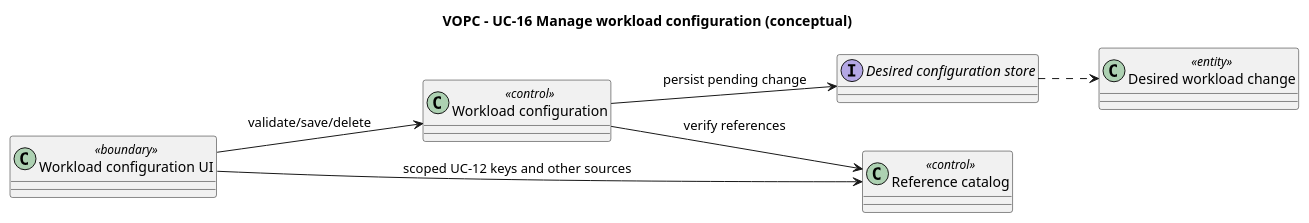
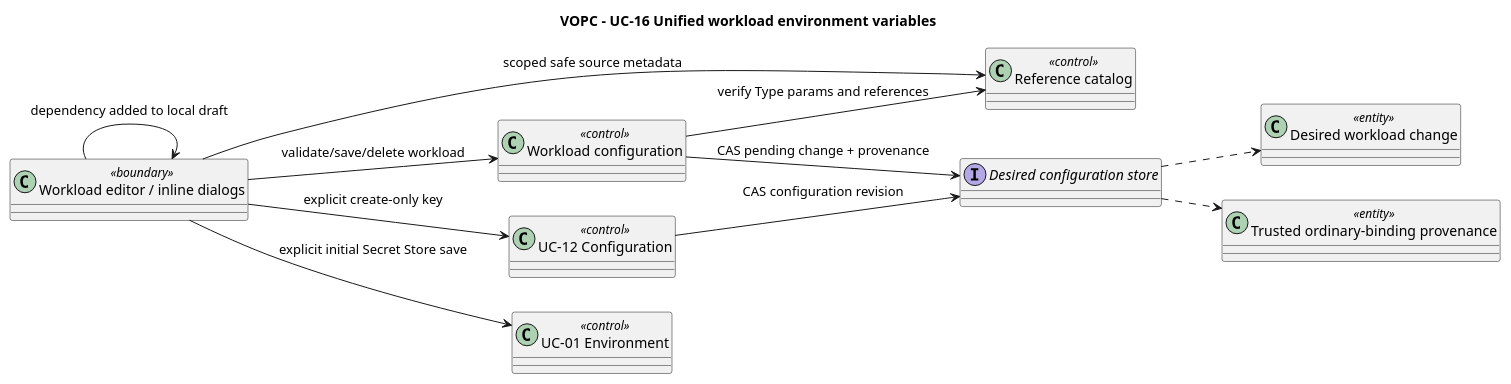
One commit to pr3s3nt/poc changed the diagram in orchestrator_docs/usecase/UC-16/vopc.puml. Above: the diagram before and after it, drawn with PlantUML. The commit also changed 29 other files, not shown here.

Commit message:
docs(devex): specify unified workload environment editor and implementation handoff

```diff
--- a/orchestrator_docs/usecase/UC-16/vopc.puml
+++ b/orchestrator_docs/usecase/UC-16/vopc.puml
@@ -1,16 +1,23 @@
 @startuml
-title VOPC - UC-16 Manage workload configuration (conceptual)
+title VOPC - UC-16 Unified workload environment variables
 left to right direction
 skinparam classAttributeIconSize 0
-class "Workload configuration UI" as UI <<boundary>>
+class "Workload editor / inline dialogs" as UI <<boundary>>
 class "Workload configuration" as Config <<control>>
 class "Reference catalog" as Catalog <<control>>
+class "UC-12 Configuration" as Keys <<control>>
+class "UC-01 Environment" as Env <<control>>
 class "Desired workload change" as Change <<entity>>
+class "Trusted ordinary-binding provenance" as Provenance <<entity>>
 interface "Desired configuration store" as Store
-
-UI --> Config : validate/save/delete
-UI --> Catalog : scoped UC-12 keys and other sources
-Config --> Catalog : verify references
-Config --> Store : persist pending change
+UI --> Catalog : scoped safe source metadata
+UI --> Keys : explicit create-only key
+UI --> Env : explicit initial Secret Store save
+UI --> UI : dependency added to local draft
+UI --> Config : validate/save/delete workload
+Keys --> Store : CAS configuration revision
+Config --> Catalog : verify Type params and references
+Config --> Store : CAS pending change + provenance
 Store ..> Change
+Store ..> Provenance
 @enduml
```
